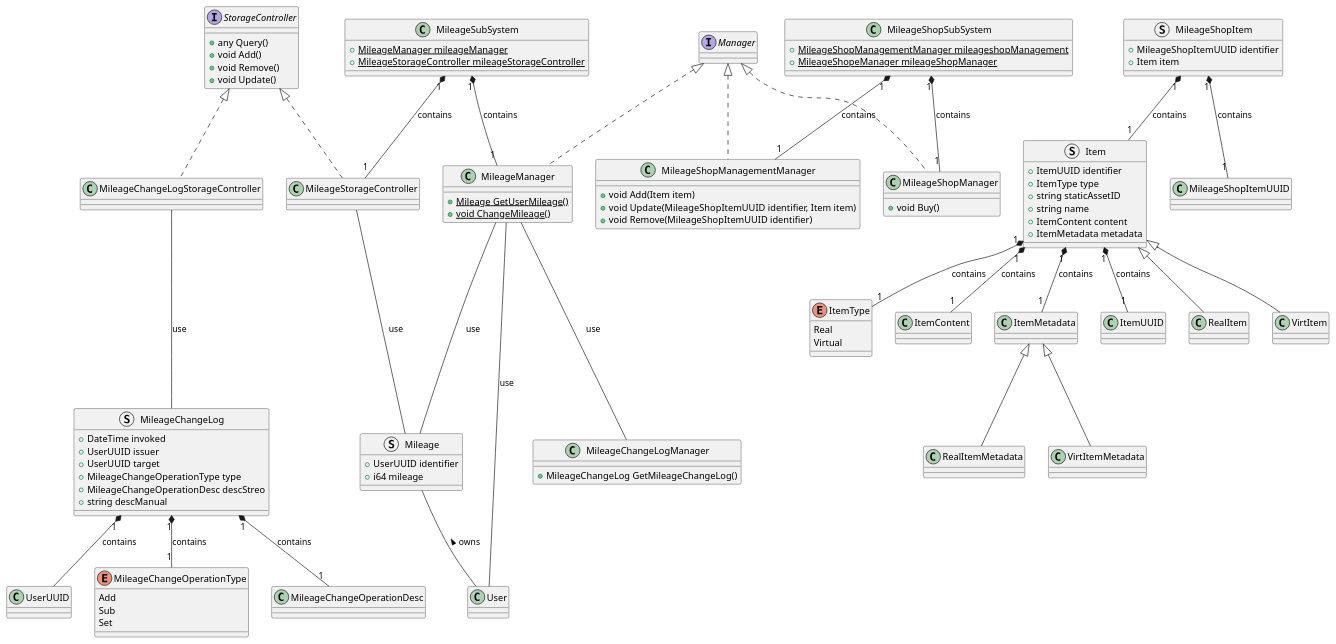
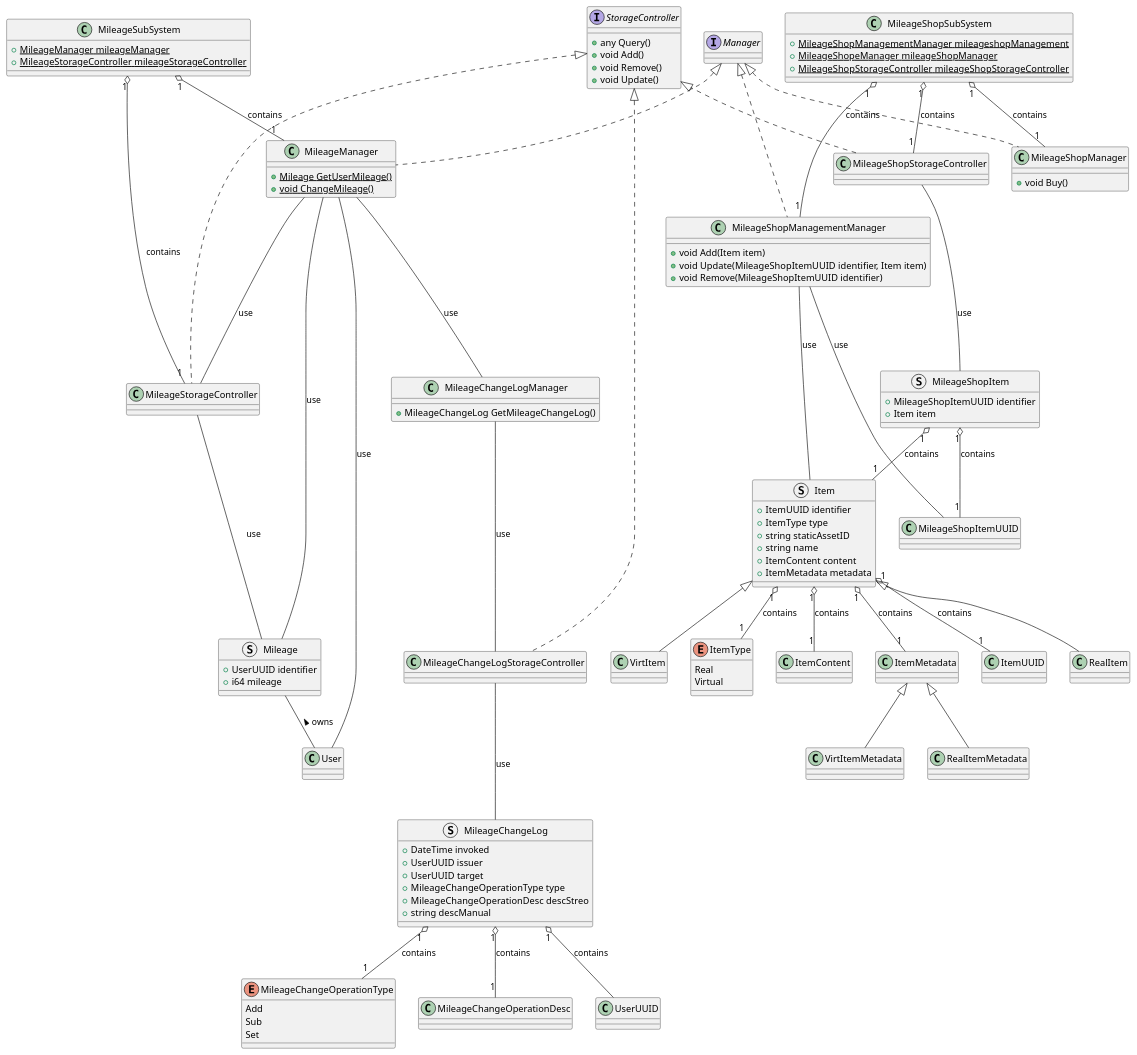
Before and after one commit to ShapeLayer/se-lecture-task__project-structure-definitions: the diagram in src/Mileage.puml, drawn with PlantUML. The commit also changed 15 other files, not shown here.

```diff
--- a/src/Mileage.puml
+++ b/src/Mileage.puml
@@ -1,120 +1,131 @@
 @startuml
 ' Commons
 Interface Manager
 Interface StorageController {
     + any Query()
     + void Add()
     + void Remove()
     + void Update()
 }
 
 enum ItemType {
     Real
     Virtual
 }
 
 class ItemContent {}
 class ItemMetadata {}
 class RealItemMetadata extends ItemMetadata {}
 class VirtItemMetadata extends ItemMetadata {}
 
 struct Item {
     + ItemUUID identifier
     + ItemType type
     + string staticAssetID
     + string name
     + ItemContent content
     + ItemMetadata metadata
 }
 
-Item "1" *-- "1" ItemUUID : contains
-Item "1" *-- "1" ItemType : contains
-Item "1" *-- "1" ItemContent : contains
-Item "1" *-- "1" ItemMetadata : contains
+Item "1" o-- "1" ItemUUID : contains
+Item "1" o-- "1" ItemType : contains
+Item "1" o-- "1" ItemContent : contains
+Item "1" o-- "1" ItemMetadata : contains
 
 class RealItem extends Item {}
 class VirtItem extends Item {}
 
 struct Mileage {
     + UserUUID identifier
     + i64 mileage
 }
 
 Mileage -- User : < owns
 
 ' Mileage SubSystem
 
 enum MileageChangeOperationType {
     Add
     Sub
     Set
 }
 
 class MileageChangeOperationDesc {}
 
 struct MileageChangeLog {
     + DateTime invoked
     + UserUUID issuer
     + UserUUID target
     + MileageChangeOperationType type
     + MileageChangeOperationDesc descStreo
     + string descManual
 }
 
-MileageChangeLog "1" *-- UserUUID : contains
-MileageChangeLog "1" *-- "1" MileageChangeOperationType : contains
-MileageChangeLog "1" *-- "1" MileageChangeOperationDesc : contains
+MileageChangeLog "1" o-- UserUUID : contains
+MileageChangeLog "1" o-- "1" MileageChangeOperationType : contains
+MileageChangeLog "1" o-- "1" MileageChangeOperationDesc : contains
 
 class MileageManager implements Manager {
     + {static} Mileage GetUserMileage()
     + {static} void ChangeMileage()
 }
 
 MileageManager --- User : use
 MileageManager --- Mileage : use
 MileageManager --- MileageChangeLogManager : use
+MileageManager --- MileageStorageController : use
 
 class MileageChangeLogManager {
     + MileageChangeLog GetMileageChangeLog()
 }
+
+MileageChangeLogManager --- MileageChangeLogStorageController : use
 
 class MileageChangeLogStorageController implements StorageController {}
 MileageChangeLogStorageController --- MileageChangeLog : use
 
 class MileageStorageController implements StorageController{}
 MileageStorageController --- Mileage : use
 
 class MileageSubSystem {
     + {static} MileageManager mileageManager
     + {static} MileageStorageController mileageStorageController
 }
 
-MileageSubSystem "1" *-- "1" MileageManager : contains
-MileageSubSystem "1" *-- "1" MileageStorageController : contains
+MileageSubSystem "1" o-- "1" MileageManager : contains
+MileageSubSystem "1" o-- "1" MileageStorageController : contains
 
 ' MileageShop SubSystem
 struct MileageShopItem {
     + MileageShopItemUUID identifier
     + Item item
 }
 
-MileageShopItem "1" *-- "1" MileageShopItemUUID : contains
-MileageShopItem "1" *-- "1" Item : contains
+MileageShopItem "1" o-- "1" MileageShopItemUUID : contains
+MileageShopItem "1" o-- "1" Item : contains
 
 class MileageShopManager implements Manager {
     + void Buy()
 }
 
 class MileageShopManagementManager implements Manager {
     + void Add(Item item)
     + void Update(MileageShopItemUUID identifier, Item item)
     + void Remove(MileageShopItemUUID identifier)
 }
 
+MileageShopManagementManager --- Item : use
+MileageShopManagementManager --- MileageShopItemUUID : use
+
+class MileageShopStorageController implements StorageController {}
+MileageShopStorageController --- MileageShopItem : use
+
 class MileageShopSubSystem {
     + {static} MileageShopManagementManager mileageshopManagement
     + {static} MileageShopeManager mileageShopManager
+    + {static} MileageShopStorageController mileageShopStorageController
 }
-MileageShopSubSystem "1" *-- "1" MileageShopManagementManager : contains
-MileageShopSubSystem "1" *-- "1" MileageShopManager : contains
+MileageShopSubSystem "1" o-- "1" MileageShopManagementManager : contains
+MileageShopSubSystem "1" o-- "1" MileageShopManager : contains
+MileageShopSubSystem "1" o-- "1" MileageShopStorageController : contains
 @enduml
```
